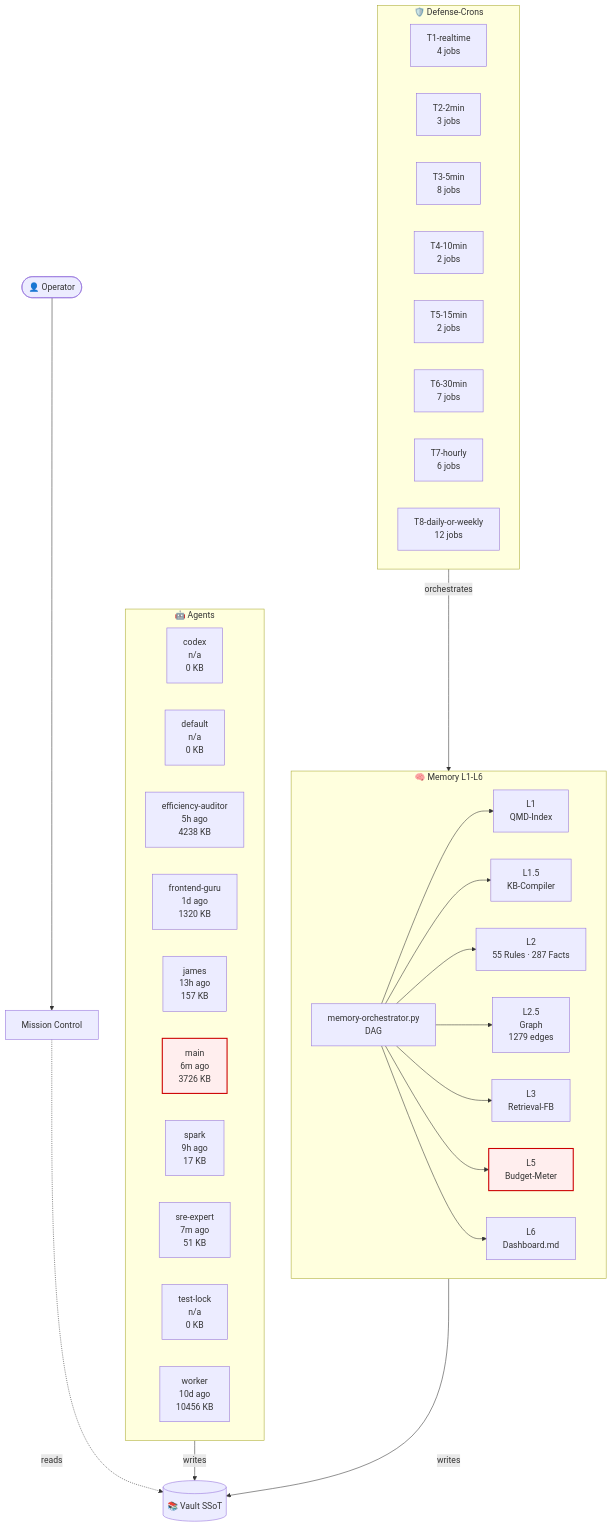
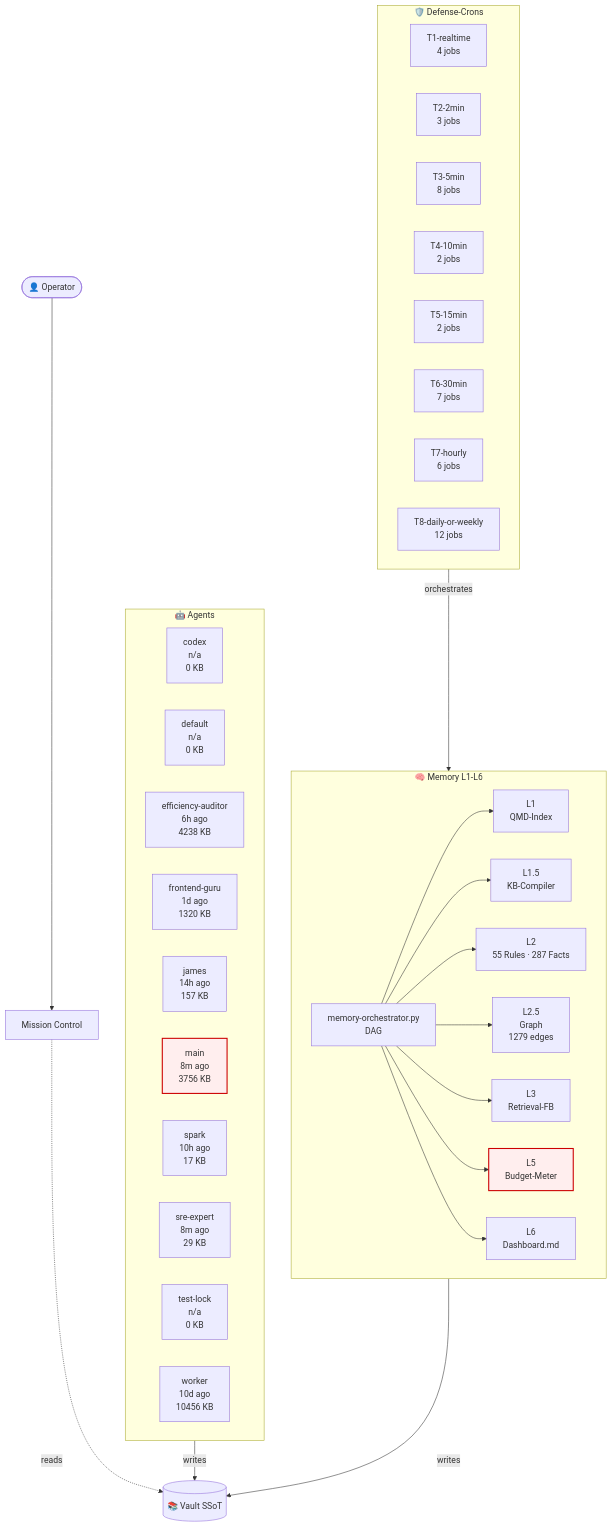
The diagram in 03-Agents/architecture-live.md (lenardhuebner88-rgb/openclaw-memory), drawn with Mermaid before and after one commit. The commit also changed other lines of this file and 12 other files, not shown here.

````diff
--- a/03-Agents/architecture-live.md
+++ b/03-Agents/architecture-live.md
@@ -18,53 +18,53 @@
 ```mermaid
 flowchart TB
     classDef critical fill:#fee,stroke:#c00,stroke-width:2px;
     subgraph AGT["🤖 Agents"]
         agent_codex["codex<br/>n/a<br/>0 KB"]
         agent_default["default<br/>n/a<br/>0 KB"]
-        agent_efficiency_auditor["efficiency-auditor<br/>5h ago<br/>4238 KB"]
+        agent_efficiency_auditor["efficiency-auditor<br/>6h ago<br/>4238 KB"]
         agent_frontend_guru["frontend-guru<br/>1d ago<br/>1320 KB"]
-        agent_james["james<br/>13h ago<br/>157 KB"]
-        agent_main["main<br/>6m ago<br/>3726 KB"]
-        agent_spark["spark<br/>9h ago<br/>17 KB"]
-        agent_sre_expert["sre-expert<br/>7m ago<br/>51 KB"]
+        agent_james["james<br/>14h ago<br/>157 KB"]
+        agent_main["main<br/>8m ago<br/>3756 KB"]
+        agent_spark["spark<br/>10h ago<br/>17 KB"]
+        agent_sre_expert["sre-expert<br/>8m ago<br/>29 KB"]
         agent_test_lock["test-lock<br/>n/a<br/>0 KB"]
         agent_worker["worker<br/>10d ago<br/>10456 KB"]
     end
     subgraph MEM["🧠 Memory L1-L6"]
         L1["L1<br/>QMD-Index"]
         L15["L1.5<br/>KB-Compiler"]
         L2["L2<br/>55 Rules · 287 Facts"]
         L25["L2.5<br/>Graph<br/>1279 edges"]
         L3["L3<br/>Retrieval-FB"]
         L5["L5<br/>Budget-Meter"]
         L6["L6<br/>Dashboard.md"]
         ORCH["memory-orchestrator.py<br/>DAG"]
     end
     subgraph CRN["🛡️ Defense-Crons"]
         tier_T1_realtime["T1-realtime<br/>4 jobs"]
         tier_T2_2min["T2-2min<br/>3 jobs"]
         tier_T3_5min["T3-5min<br/>8 jobs"]
         tier_T4_10min["T4-10min<br/>2 jobs"]
         tier_T5_15min["T5-15min<br/>2 jobs"]
         tier_T6_30min["T6-30min<br/>7 jobs"]
         tier_T7_hourly["T7-hourly<br/>6 jobs"]
         tier_T8_daily_or_weekly["T8-daily-or-weekly<br/>12 jobs"]
     end
     VAULT[("📚 Vault SSoT")]
     OP([👤 Operator])
     MC["Mission Control"]
     OP --> MC
     MC -.reads.-> VAULT
     AGT -->|writes| VAULT
     MEM -->|writes| VAULT
     ORCH --> L1
     ORCH --> L15
     ORCH --> L2
     ORCH --> L25
     ORCH --> L3
     ORCH --> L5
     ORCH --> L6
     CRN -->|orchestrates| MEM
     class L5 critical
     class agent_main critical
 ```
````
